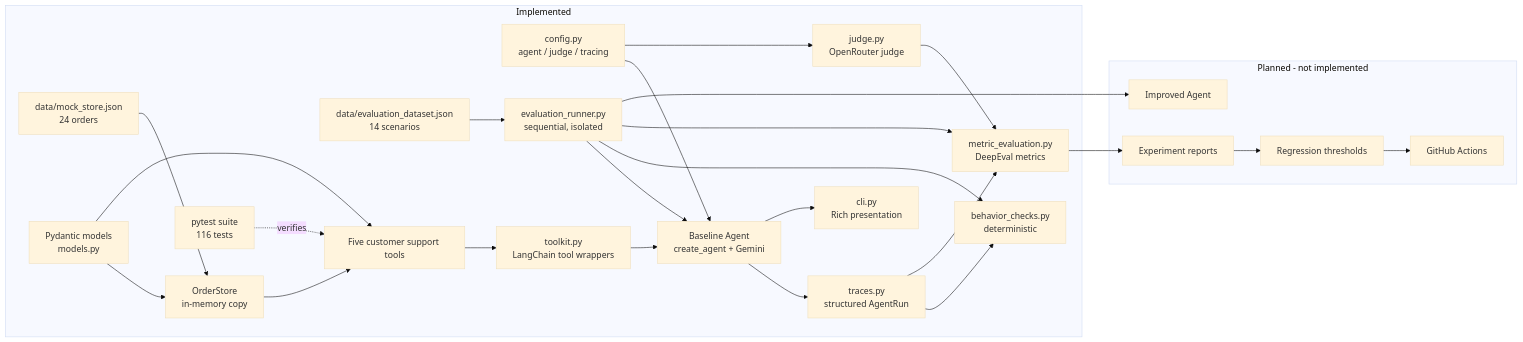
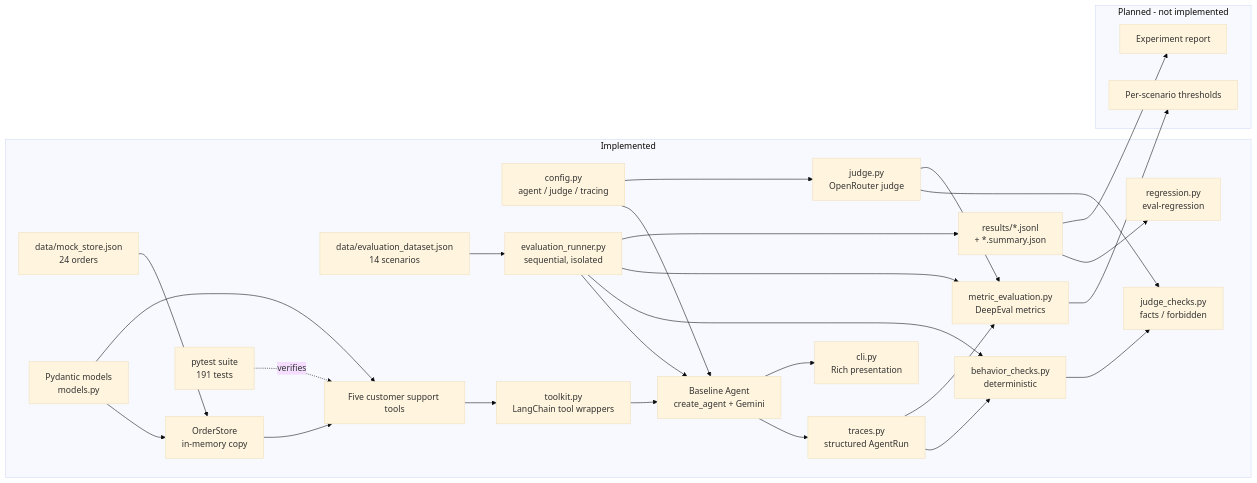
The diagram in docs/ARCHITECTURE.md (llm-systems-lab/agent-eval), drawn with Mermaid (base theme) before and after one commit. The commit also changed other lines of this file and 17 other files, not shown here.

First line of the commit message:
Improve agent policies and evaluation metrics

````diff
--- a/docs/ARCHITECTURE.md
+++ b/docs/ARCHITECTURE.md
@@ -40,51 +40,54 @@
 ```mermaid
 flowchart LR
     subgraph Implemented["Implemented"]
         MS["data/mock_store.json<br/>24 orders"]
         DS["data/evaluation_dataset.json<br/>14 scenarios"]
         MODELS["Pydantic models<br/>models.py"]
         STORE["OrderStore<br/>in-memory copy"]
         TOOLS["Five customer support tools"]
-        TESTS["pytest suite<br/>116 tests"]
+        TESTS["pytest suite<br/>191 tests"]
         CONFIG["config.py<br/>agent / judge / tracing"]
         TOOLKIT["toolkit.py<br/>LangChain tool wrappers"]
         AGENT["Baseline Agent<br/>create_agent + Gemini"]
         TRACE["traces.py<br/>structured AgentRun"]
         CLI["cli.py<br/>Rich presentation"]
         RUNNER["evaluation_runner.py<br/>sequential, isolated"]
         CHECKS["behavior_checks.py<br/>deterministic"]
+        JCHECK["judge_checks.py<br/>facts / forbidden"]
         JUDGE["judge.py<br/>OpenRouter judge"]
         METRICS["metric_evaluation.py<br/>DeepEval metrics"]
+        RESULTS["results/*.jsonl<br/>+ *.summary.json"]
+        REG["regression.py<br/>eval-regression"]
 
         MS --> STORE
         MODELS --> STORE
         MODELS --> TOOLS
         STORE --> TOOLS
         TESTS -. verifies .-> TOOLS
         CONFIG --> AGENT
         CONFIG --> JUDGE
         TOOLS --> TOOLKIT
         TOOLKIT --> AGENT
         AGENT --> TRACE
         AGENT --> CLI
         DS --> RUNNER
         RUNNER --> AGENT
+        TRACE --> CHECKS
         RUNNER --> CHECKS
-        TRACE --> CHECKS
+        CHECKS --> JCHECK
+        JUDGE --> JCHECK
         RUNNER --> METRICS
         JUDGE --> METRICS
         TRACE --> METRICS
+        RUNNER --> RESULTS
+        RESULTS --> REG
     end
 
     subgraph Planned["Planned - not implemented"]
-        REPORT["Experiment reports"]
-        REG["Regression thresholds"]
-        CI["GitHub Actions"]
-        IMPROVED["Improved Agent"]
+        REPORT["Experiment report"]
+        THRESH["Per-scenario thresholds"]
 
-        RUNNER --> IMPROVED
-        METRICS --> REPORT
-        REPORT --> REG
-        REG --> CI
+        RESULTS --> REPORT
+        METRICS --> THRESH
     end
 ```
````
